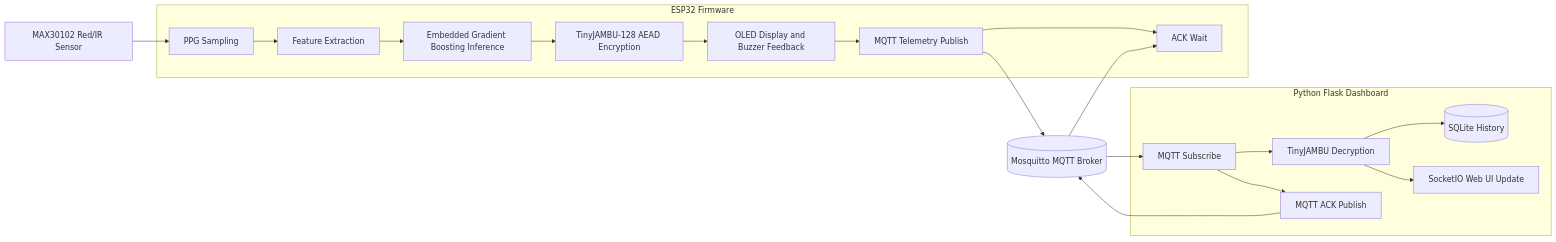
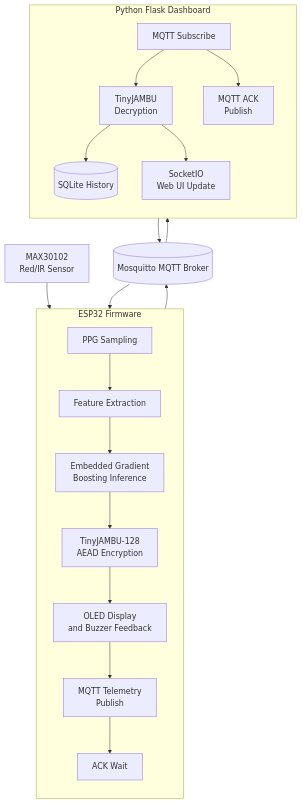
The first of 2 diagrams in README.md (MinhQuocNguyenHoang/ESP32_Dual_Bank_OTA_TinyJambu), drawn with Mermaid before and after one commit. The commit also changed other lines of this file, not shown here.

````diff
--- a/README.md
+++ b/README.md
@@ -31,36 +31,38 @@
 ```mermaid
-flowchart LR
-    Sensor[MAX30102 Red/IR Sensor]
+flowchart TB
+    Sensor[MAX30102<br/>Red/IR Sensor]
     Broker[(Mosquitto MQTT Broker)]
 
     subgraph ESP32["ESP32 Firmware"]
+        direction TB
         Sampling[PPG Sampling]
         Features[Feature Extraction]
-        Model[Embedded Gradient Boosting Inference]
-        Encrypt[TinyJAMBU-128 AEAD Encryption]
-        Feedback[OLED Display and Buzzer Feedback]
-        Publish[MQTT Telemetry Publish]
+        Model[Embedded Gradient<br/>Boosting Inference]
+        Encrypt[TinyJAMBU-128<br/>AEAD Encryption]
+        Feedback[OLED Display<br/>and Buzzer Feedback]
+        Publish[MQTT Telemetry<br/>Publish]
         AckWait[ACK Wait]
 
         Sampling --> Features --> Model --> Encrypt --> Feedback --> Publish --> AckWait
     end
 
     subgraph Dashboard["Python Flask Dashboard"]
+        direction TB
         Subscribe[MQTT Subscribe]
-        Decrypt[TinyJAMBU Decryption]
+        Decrypt[TinyJAMBU<br/>Decryption]
         Store[(SQLite History)]
-        SocketIO[SocketIO Web UI Update]
-        AckPublish[MQTT ACK Publish]
+        SocketIO[SocketIO<br/>Web UI Update]
+        AckPublish[MQTT ACK<br/>Publish]
 
         Subscribe --> Decrypt
         Decrypt --> Store
         Decrypt --> SocketIO
         Subscribe --> AckPublish
     end
 
     Sensor --> Sampling
     Publish --> Broker
     Broker --> Subscribe
     AckPublish --> Broker
     Broker --> AckWait
 ```
````
